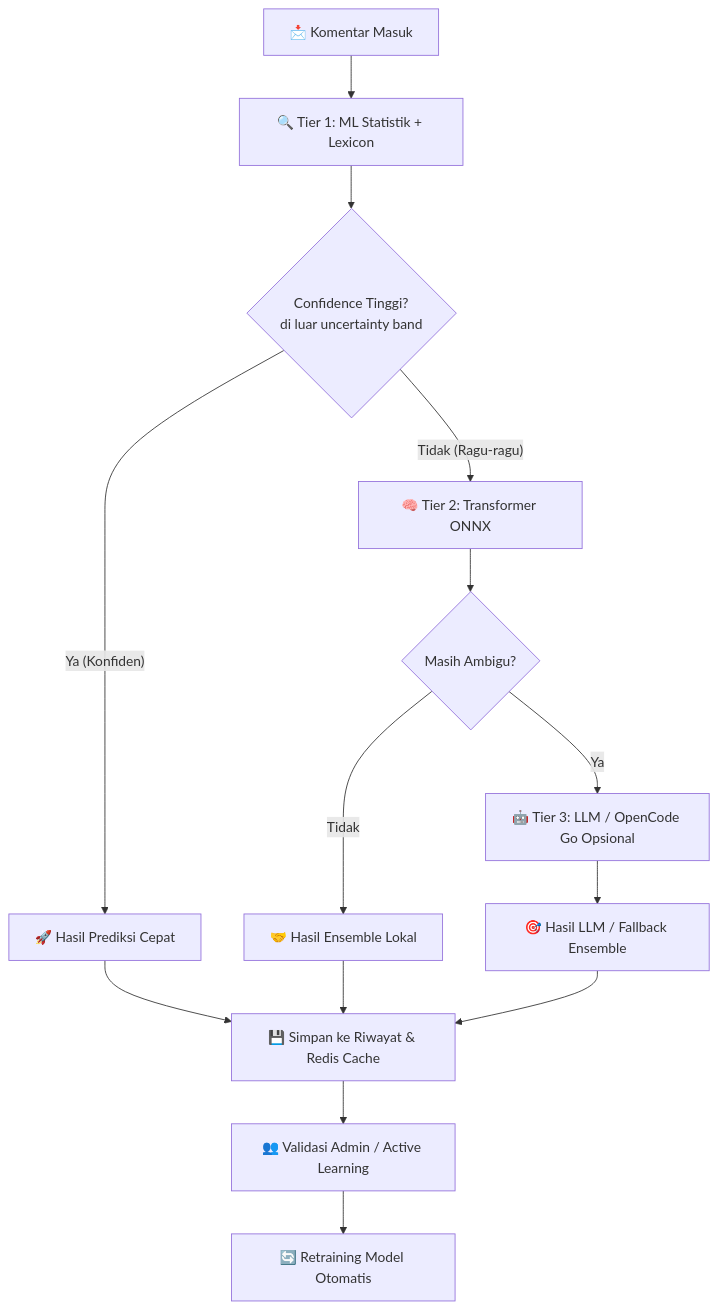
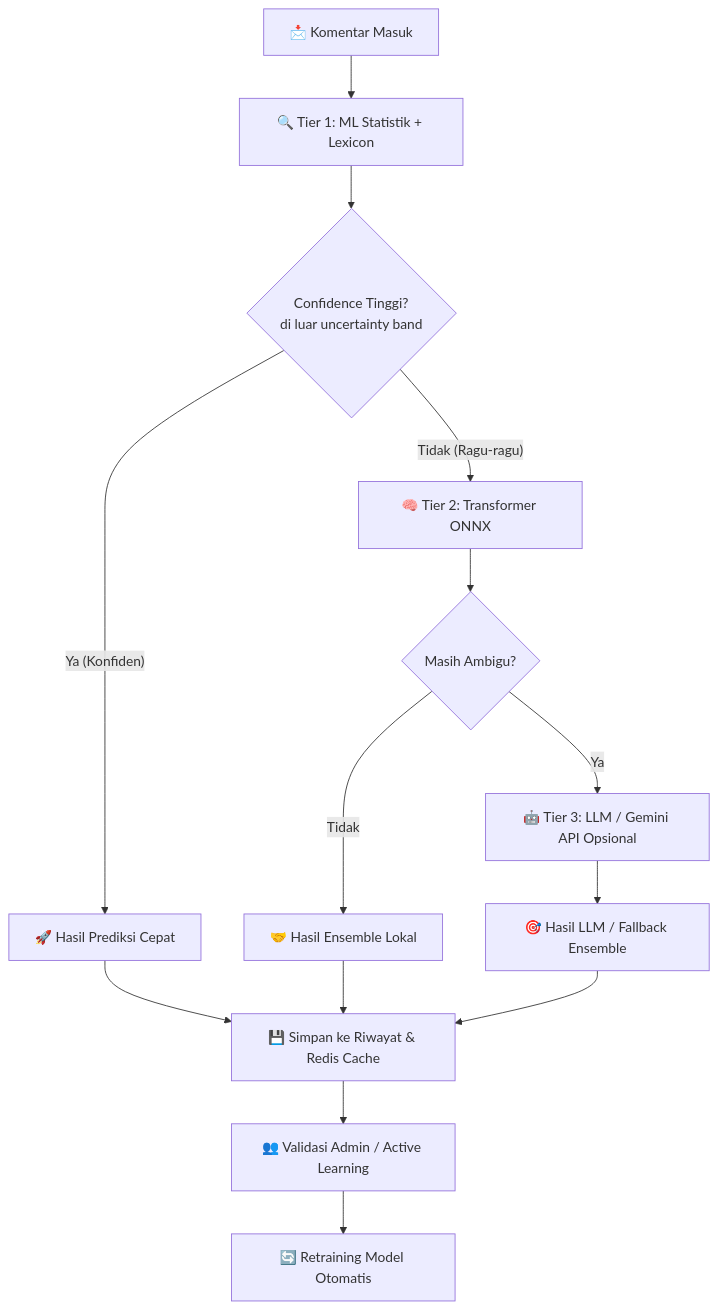
The diagram in README.md (Maliq-dlt/indonesian-cyberbullying-detection-api), drawn with Mermaid before and after one commit. The commit also changed other lines of this file and 21 other files, not shown here.

Commit message:
feat: migrate cloud LLM to Gemini API, fix playwright win32 asyncio, and style active learning badges

````diff
--- a/README.md
+++ b/README.md
@@ -54,16 +54,16 @@
 ```mermaid
 graph TD
     A[📩 Komentar Masuk] --> B[🔍 Tier 1: ML Statistik + Lexicon]
     B --> C{Confidence Tinggi? <br>di luar uncertainty band}
     C -- Ya (Konfiden) --> D[🚀 Hasil Prediksi Cepat]
     C -- Tidak (Ragu-ragu) --> E[🧠 Tier 2: Transformer ONNX]
     E --> F{Masih Ambigu?}
     F -- Tidak --> G[🤝 Hasil Ensemble Lokal]
-    F -- Ya --> H[🤖 Tier 3: LLM / OpenCode Go Opsional]
+    F -- Ya --> H[🤖 Tier 3: LLM / Gemini API Opsional]
     H --> I[🎯 Hasil LLM / Fallback Ensemble]
     D --> J[💾 Simpan ke Riwayat & Redis Cache]
     G --> J
     I --> J
     J --> K[👥 Validasi Admin / Active Learning]
     K --> L[🔄 Retraining Model Otomatis]
 ```
````
